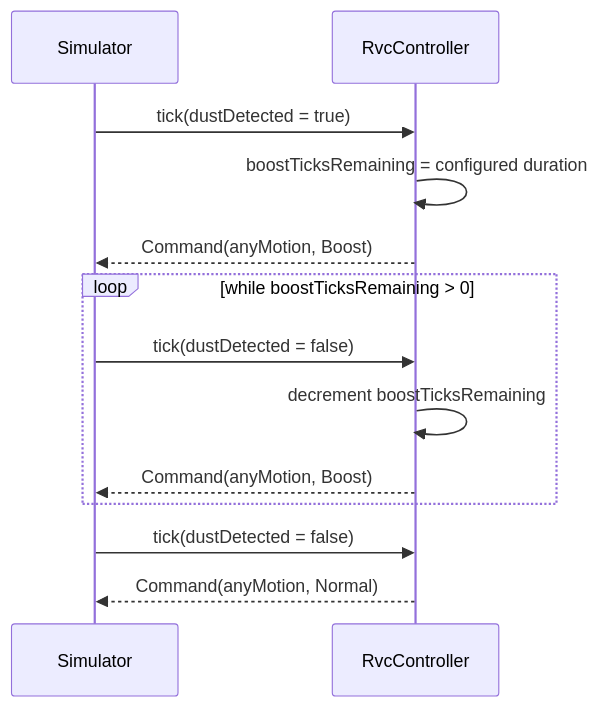
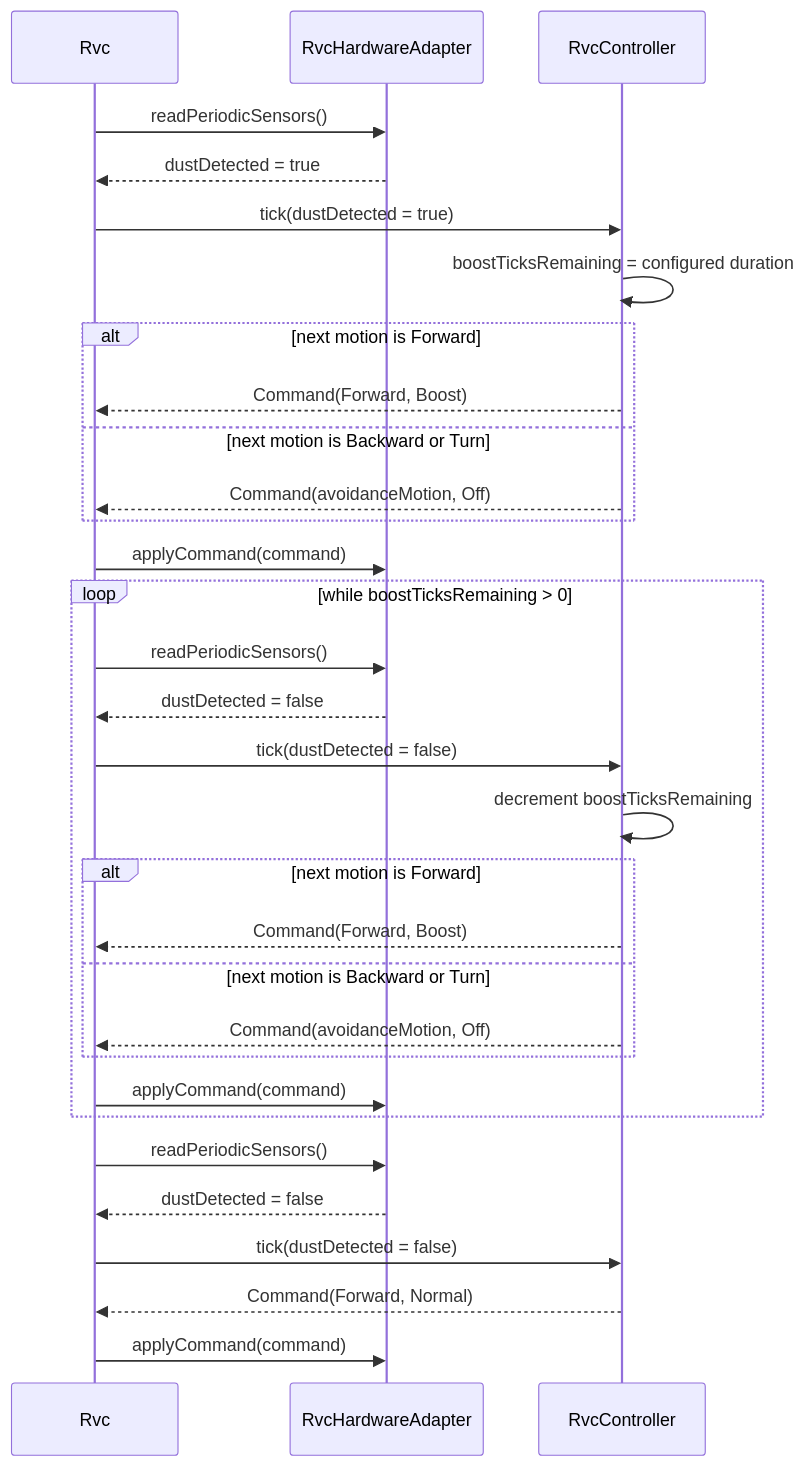
One commit to reload02/ooad-vibe changed the eighth of 9 diagrams in docs/sdd.md. Above: the diagram before and after it, drawn with Mermaid. The commit also changed other lines of this file and 15 other files, not shown here.

First line of the commit message:
Refactor RVC Control System Architecture

````diff
--- a/docs/sdd.md
+++ b/docs/sdd.md
@@ -419,16 +517,34 @@
 ```mermaid
 sequenceDiagram
-    participant Simulator
+    participant Rvc
+    participant Adapter as RvcHardwareAdapter
     participant Controller as RvcController
 
-    Simulator->>Controller: tick(dustDetected = true)
+    Rvc->>Adapter: readPeriodicSensors()
+    Adapter-->>Rvc: dustDetected = true
+    Rvc->>Controller: tick(dustDetected = true)
     Controller->>Controller: boostTicksRemaining = configured duration
-    Controller-->>Simulator: Command(anyMotion, Boost)
+    alt next motion is Forward
+        Controller-->>Rvc: Command(Forward, Boost)
+    else next motion is Backward or Turn
+        Controller-->>Rvc: Command(avoidanceMotion, Off)
+    end
+    Rvc->>Adapter: applyCommand(command)
     loop while boostTicksRemaining > 0
-        Simulator->>Controller: tick(dustDetected = false)
+        Rvc->>Adapter: readPeriodicSensors()
+        Adapter-->>Rvc: dustDetected = false
+        Rvc->>Controller: tick(dustDetected = false)
         Controller->>Controller: decrement boostTicksRemaining
-        Controller-->>Simulator: Command(anyMotion, Boost)
+        alt next motion is Forward
+            Controller-->>Rvc: Command(Forward, Boost)
+        else next motion is Backward or Turn
+            Controller-->>Rvc: Command(avoidanceMotion, Off)
+        end
+        Rvc->>Adapter: applyCommand(command)
     end
-    Simulator->>Controller: tick(dustDetected = false)
-    Controller-->>Simulator: Command(anyMotion, Normal)
+    Rvc->>Adapter: readPeriodicSensors()
+    Adapter-->>Rvc: dustDetected = false
+    Rvc->>Controller: tick(dustDetected = false)
+    Controller-->>Rvc: Command(Forward, Normal)
+    Rvc->>Adapter: applyCommand(command)
 ```
````
